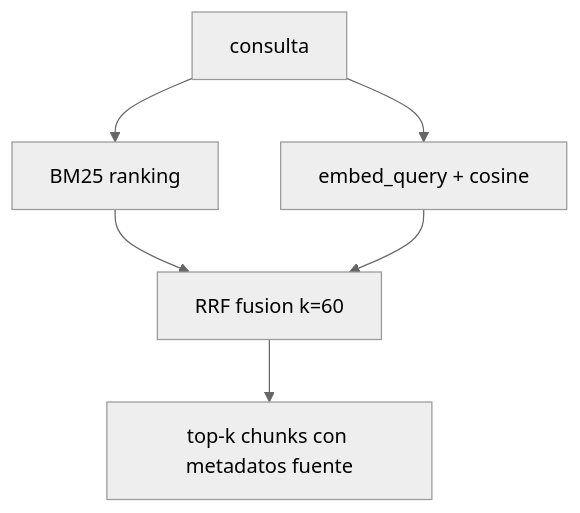
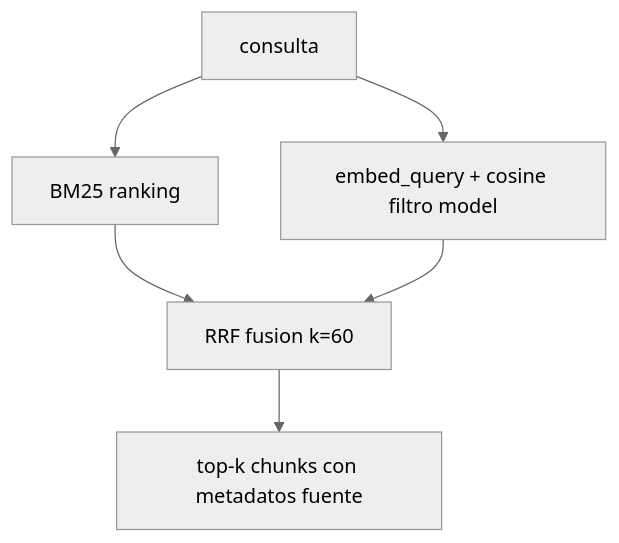
Before and after one commit to DavidLeonP/Orquestacion-Agentes: the third of 4 diagrams in docs/c4/04-codigo.md, drawn with Mermaid (neutral theme). The commit also changed other lines of this file and 9 other files, not shown here.

First line of the commit message:
Update docs: JWT API, Streamlit UI, MySQL KB architecture

````diff
--- a/docs/c4/04-codigo.md
+++ b/docs/c4/04-codigo.md
@@ -44,8 +45,8 @@
 ```mermaid
 flowchart TD
     Q[consulta] --> Lex[BM25 ranking]
-    Q --> Sem[embed_query + cosine]
+    Q --> Sem["embed_query + cosine filtro model"]
     Lex --> RRF[RRF fusion k=60]
     Sem --> RRF
     RRF --> TopK[top-k chunks con metadatos fuente]
 ```
````
